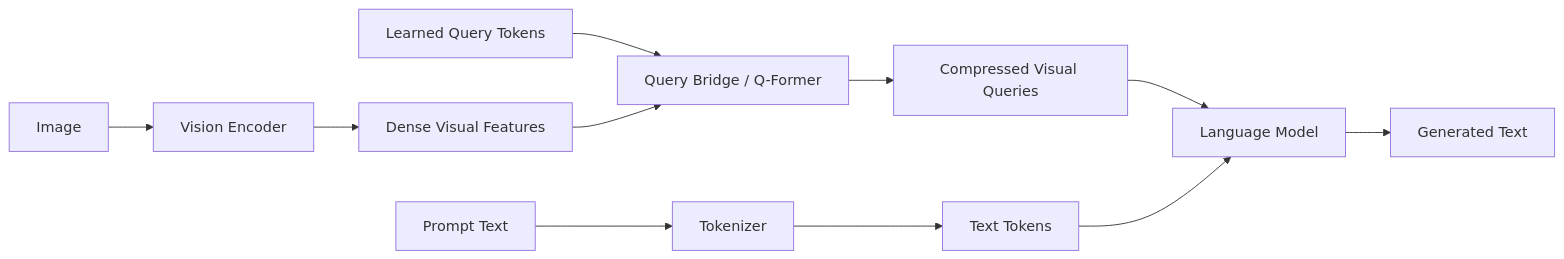
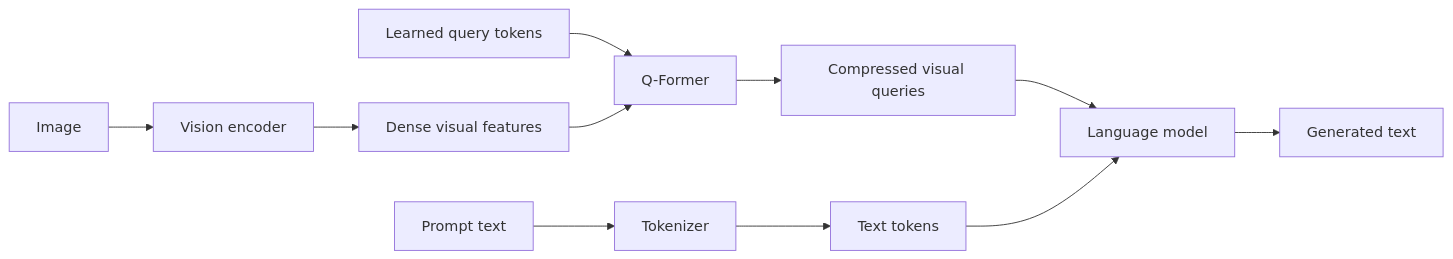
One commit to b-io/vlm-inference-lab changed the fourth of 5 diagrams in docs/multimodal/vlm_architectures_and_basics.md. Above: the diagram before and after it, drawn with Mermaid. The commit also changed other lines of this file and 6 other files, not shown here.

First line of the commit message:
docs: update VLM architectures, knowledge distillation, and fix LaTeX rendering

````diff
--- a/docs/multimodal/vlm_architectures_and_basics.md
+++ b/docs/multimodal/vlm_architectures_and_basics.md
@@ -284,13 +283,13 @@
 ```mermaid
 flowchart LR
-    I[Image] --> VE[Vision Encoder]
-    VE --> VF[Dense Visual Features]
-    Q[Learned Query Tokens] --> QB[Query Bridge / Q-Former]
-    VF --> QB
-    QB --> CQ[Compressed Visual Queries]
-    T[Prompt Text] --> TOK[Tokenizer]
-    TOK --> TXT[Text Tokens]
-    CQ --> LLM[Language Model]
-    TXT --> LLM
-    LLM --> OUT[Generated Text]
+    I[Image] --> VE[Vision encoder]
+    VE --> VF[Dense visual features]
+    Q[Learned query tokens] --> QF[Q-Former]
+    VF --> QF
+    QF --> CQ[Compressed visual queries]
+    T[Prompt text] --> TOK[Tokenizer]
+    TOK --> XT[Text tokens]
+    CQ --> LLM[Language model]
+    XT --> LLM
+    LLM --> OUT[Generated text]
 ```
````
